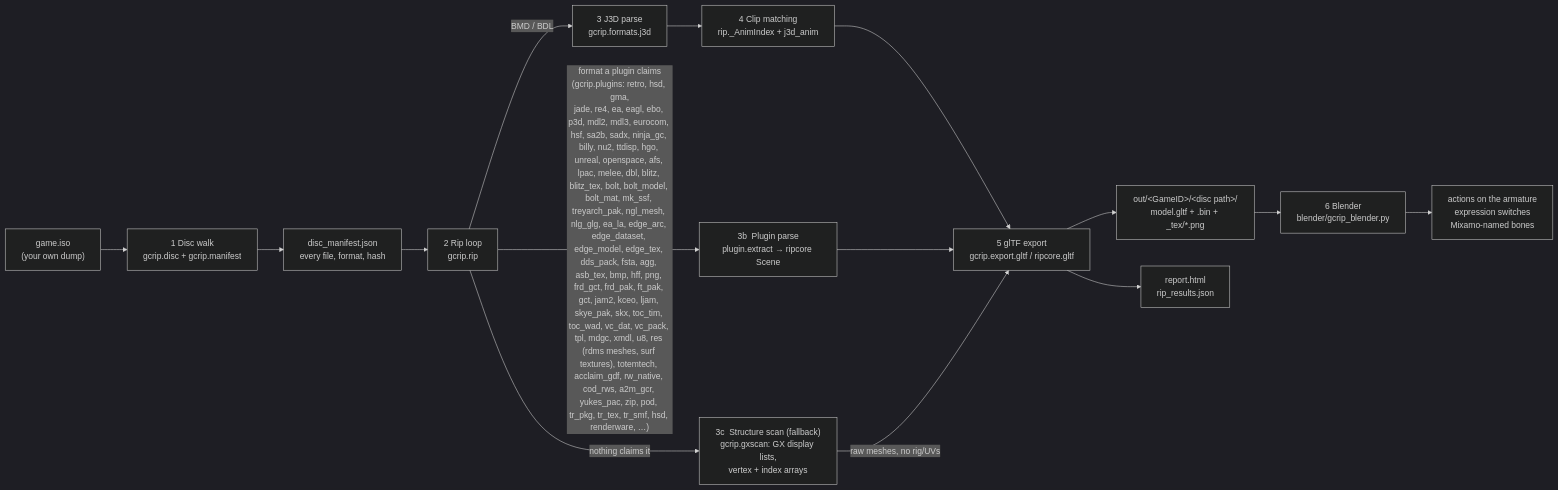
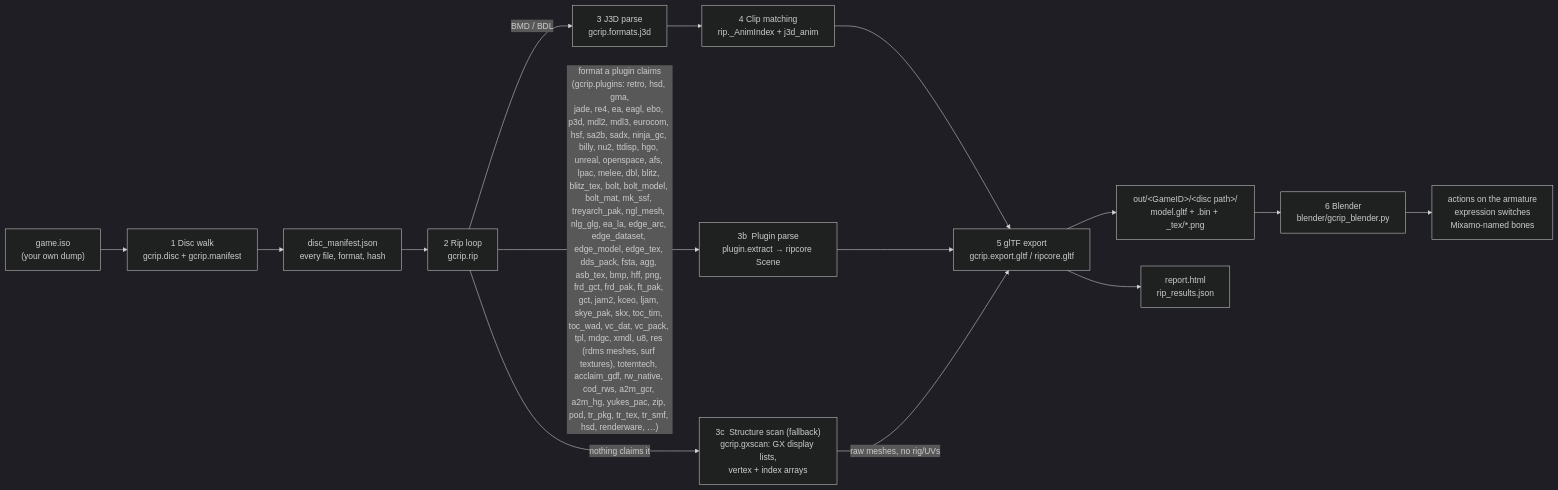
One commit to Felbs/3d-ripper-9000 changed the first of 10 diagrams in docs/PIPELINE.md. Above: the diagram before and after it, drawn with Mermaid (dark theme). The commit also changed other lines of this file and 7 other files, not shown here.

````diff
--- a/docs/PIPELINE.md
+++ b/docs/PIPELINE.md
@@ -11,17 +11,17 @@
 ```mermaid
 flowchart LR
     ISO["game.iso<br/>(your own dump)"] --> WALK["1  Disc walk<br/>gcrip.disc + gcrip.manifest"]
     WALK --> MAN["disc_manifest.json<br/>every file, format, hash"]
     MAN --> RIP["2  Rip loop<br/>gcrip.rip"]
     RIP -->|"BMD / BDL"| J3D["3  J3D parse<br/>gcrip.formats.j3d"]
-    RIP -->|"format a plugin claims<br/>(gcrip.plugins: retro, hsd, gma,<br/>jade, re4, ea, eagl, ebo, p3d, mdl2, mdl3, eurocom, hsf, sa2b, sadx, ninja_gc, billy, nu2, ttdisp, hgo, unreal, openspace, afs, lpac, melee, dbl, blitz, blitz_tex, bolt, bolt_model, bolt_mat, mk_ssf, treyarch_pak, ngl_mesh, nlg_glg, ea_la, edge_arc, edge_dataset, edge_model, edge_tex, dds_pack, fsta, agg, asb_tex, bmp, hff, png, frd_gct, frd_pak, ft_pak, gct, jam2, kceo, ljam, skye_pak, skx, toc_tim, toc_wad, vc_dat, vc_pack, tpl, mdgc, xmdl, u8, res (rdms meshes, surf textures), totemtech, acclaim_gdf, rw_native, cod_rws, a2m_gcr, yukes_pac, zip, pod, tr_pkg, tr_tex, tr_smf, hsd, renderware, …)"| PLUG["3b  Plugin parse<br/>plugin.extract → ripcore Scene"]
+    RIP -->|"format a plugin claims<br/>(gcrip.plugins: retro, hsd, gma,<br/>jade, re4, ea, eagl, ebo, p3d, mdl2, mdl3, eurocom, hsf, sa2b, sadx, ninja_gc, billy, nu2, ttdisp, hgo, unreal, openspace, afs, lpac, melee, dbl, blitz, blitz_tex, bolt, bolt_model, bolt_mat, mk_ssf, treyarch_pak, ngl_mesh, nlg_glg, ea_la, edge_arc, edge_dataset, edge_model, edge_tex, dds_pack, fsta, agg, asb_tex, bmp, hff, png, frd_gct, frd_pak, ft_pak, gct, jam2, kceo, ljam, skye_pak, skx, toc_tim, toc_wad, vc_dat, vc_pack, tpl, mdgc, xmdl, u8, res (rdms meshes, surf textures), totemtech, acclaim_gdf, rw_native, cod_rws, a2m_gcr, a2m_hg, yukes_pac, zip, pod, tr_pkg, tr_tex, tr_smf, hsd, renderware, …)"| PLUG["3b  Plugin parse<br/>plugin.extract → ripcore Scene"]
     RIP -->|"nothing claims it"| GX["3c  Structure scan (fallback)<br/>gcrip.gxscan: GX display lists,<br/>vertex + index arrays"]
     J3D --> ANIM["4  Clip matching<br/>rip._AnimIndex + j3d_anim"]
     ANIM --> GLTF["5  glTF export<br/>gcrip.export.gltf / ripcore.gltf"]
     PLUG --> GLTF
     GX -->|"raw meshes, no rig/UVs"| GLTF
     GLTF --> OUT["out/&lt;GameID&gt;/&lt;disc path&gt;/<br/>model.gltf + .bin + _tex/*.png"]
     GLTF --> REP["report.html<br/>rip_results.json"]
     OUT --> BL["6  Blender<br/>blender/gcrip_blender.py"]
     BL --> PLAY["actions on the armature<br/>expression switches<br/>Mixamo-named bones"]
 ```
````
